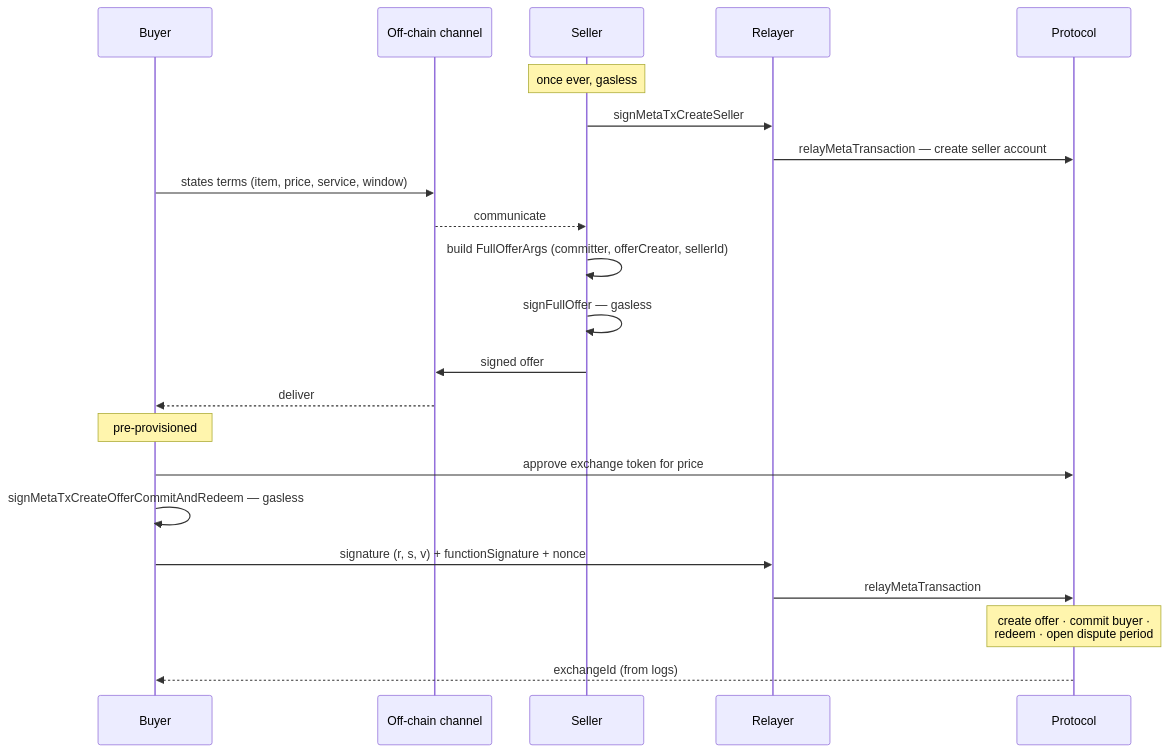
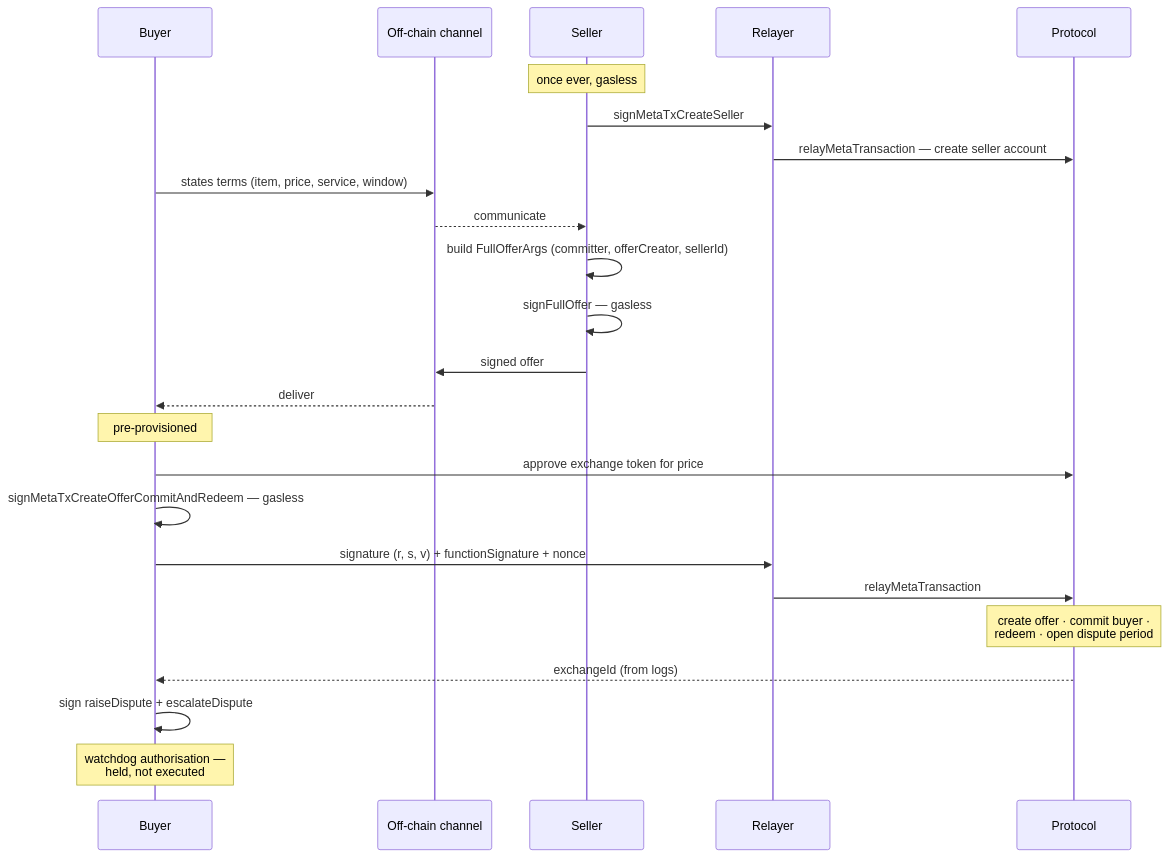
The diagram in docs/specs/offer-model.md (lxfoundry/held), drawn with Mermaid before and after one commit. The commit also changed other lines of this file, not shown here.

First line of the commit message:
add the resolution period and the watchdog pre-authorisation step

````diff
--- a/docs/specs/offer-model.md
+++ b/docs/specs/offer-model.md
@@ -46,28 +46,31 @@
 ```mermaid
 sequenceDiagram
     participant B as Buyer
     participant OC as Off-chain channel
     participant S as Seller
     participant R as Relayer
     participant P as Protocol
 
     Note over S: once ever, gasless
     S->>R: signMetaTxCreateSeller
     R->>P: relayMetaTransaction — create seller account
 
     B->>OC: states terms (item, price, service, window)
     OC-->>S: communicate
     S->>S: build FullOfferArgs (committer, offerCreator, sellerId)
     S->>S: signFullOffer  — gasless
     S->>OC: signed offer
     OC-->>B: deliver
 
     Note over B: pre-provisioned
     B->>P: approve exchange token for price
 
     B->>B: signMetaTxCreateOfferCommitAndRedeem — gasless
     B->>R: signature (r, s, v) + functionSignature + nonce
     R->>P: relayMetaTransaction
     Note over P: create offer · commit buyer ·<br/>redeem · open dispute period
     P-->>B: exchangeId (from logs)
+
+    B->>B: sign raiseDispute + escalateDispute
+    Note over B: watchdog authorisation —<br/>held, not executed
 ```
````
